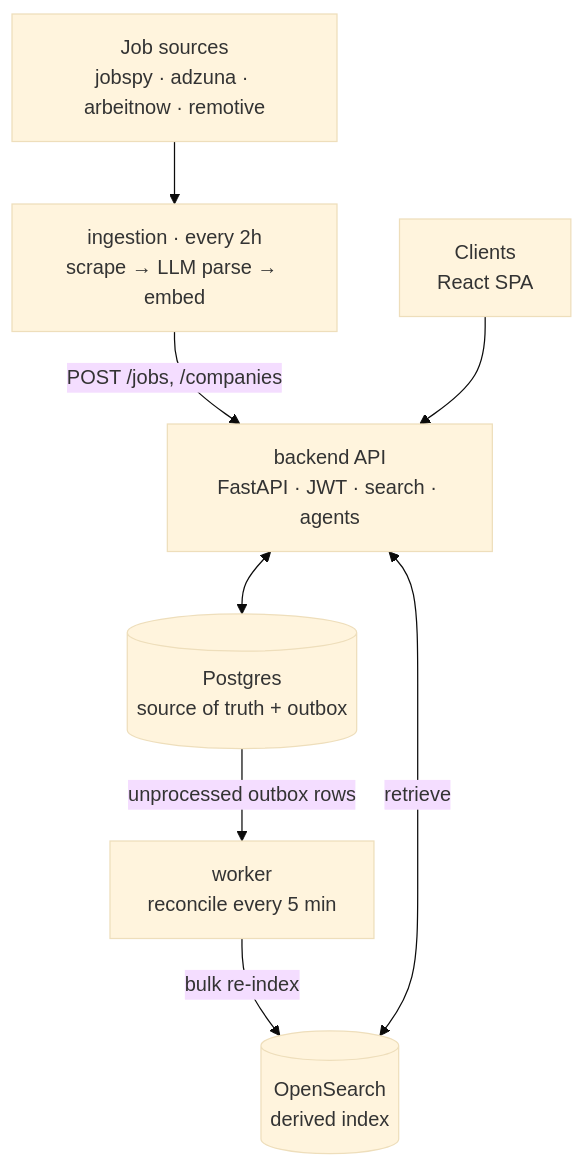
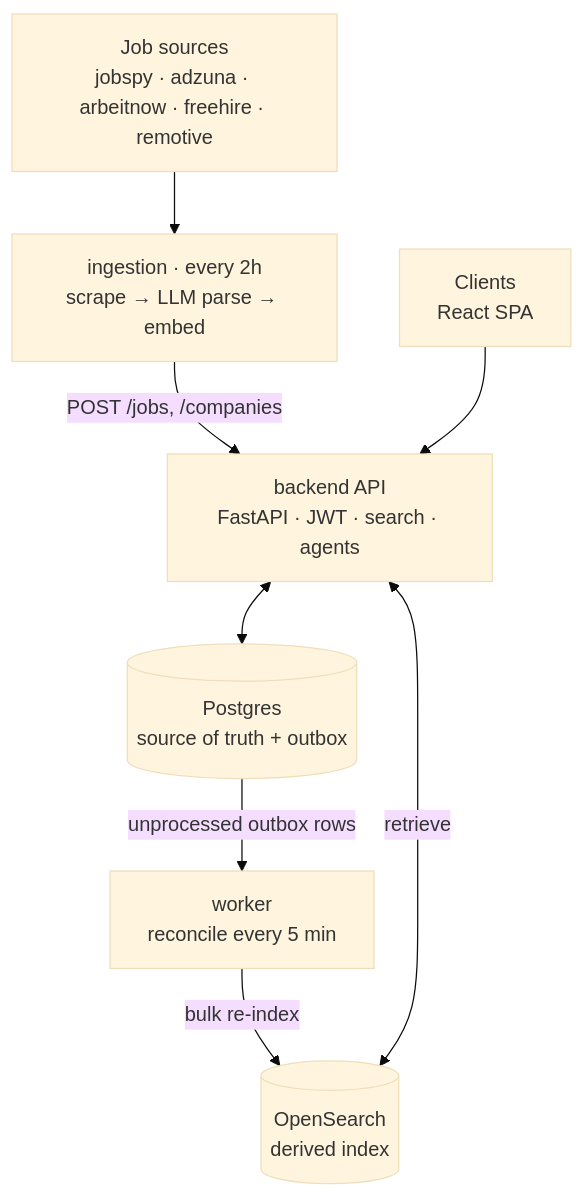
Before and after one commit to LorenzoSchiroli/jobsifty: the first of 7 diagrams in README.md, drawn with Mermaid (base theme). The commit also changed other lines of this file and 8 other files, not shown here.

First line of the commit message:
feat(ingestion): freehire.me job source; a source that raises no longer stops the scrape

````diff
--- a/README.md
+++ b/README.md
@@ -28,18 +28,18 @@
 ```mermaid
 flowchart TB
-    SRC["Job sources<br/>jobspy · adzuna · arbeitnow · remotive"]
+    SRC["Job sources<br/>jobspy · adzuna · arbeitnow · freehire · remotive"]
     ING["ingestion · every 2h<br/>scrape → LLM parse → embed"]
     CLI["Clients<br/>React SPA"]
     API["backend API<br/>FastAPI · JWT · search · agents"]
     PG[("Postgres<br/>source of truth + outbox")]
     WK["worker<br/>reconcile every 5 min"]
     OS[("OpenSearch<br/>derived index")]
 
     SRC --> ING
     ING -->|"POST /jobs, /companies"| API
     CLI --> API
     API <--> PG
     PG -->|"unprocessed outbox rows"| WK
     WK -->|"bulk re-index"| OS
     API <-->|"retrieve"| OS
 ```
````
